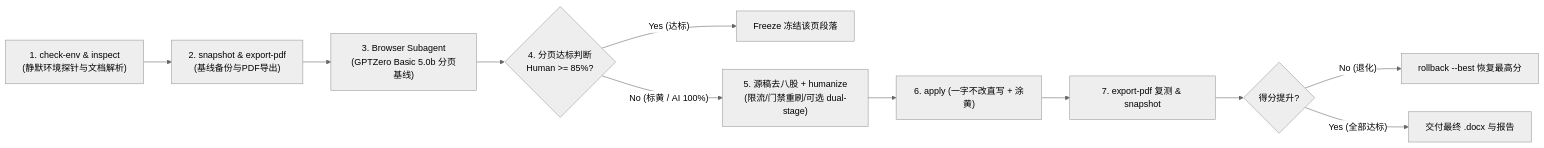
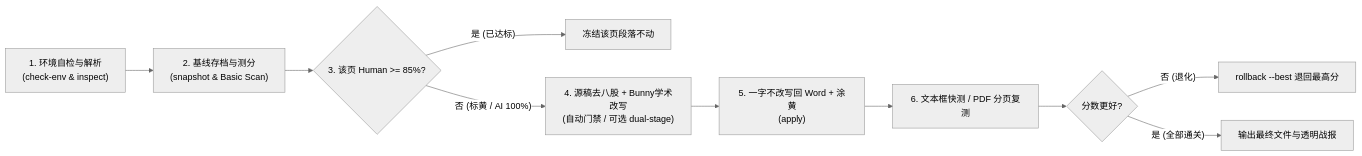
Before and after one commit to Whitopus/bunnyscholar-gptzero-loop: the diagram in README.md, drawn with Mermaid (neutral theme). The commit also changed other lines of this file and 1 other file, not shown here.

````diff
--- a/README.md
+++ b/README.md
@@ -15,13 +43,12 @@
 ```mermaid
 flowchart LR
-    A["1. check-env & inspect<br/>(静默环境探针与文档解析)"] --> B["2. snapshot & export-pdf<br/>(基线备份与PDF导出)"]
-    B --> C["3. Browser Subagent<br/>(GPTZero Basic 5.0b 分页基线)"]
-    C --> D{"4. 分页达标判断<br/>Human >= 85%?"}
-    D -- "Yes (达标)" --> E["Freeze 冻结该页段落"]
-    D -- "No (标黄 / AI 100%)" --> F["5. 源稿去八股 + humanize<br/>(限流/门禁重刷/可选 dual-stage)"]
-    F --> G["6. apply (一字不改直写 + 涂黄)"]
-    G --> H["7. export-pdf 复测 & snapshot"]
-    H --> I{"得分提升?"}
-    I -- "No (退化)" --> J["rollback --best 恢复最高分"]
-    I -- "Yes (全部达标)" --> K["交付最终 .docx 与报告"]
+    A["1. 环境自检与解析<br/>(check-env & inspect)"] --> B["2. 基线存档与测分<br/>(snapshot & Basic Scan)"]
+    B --> C{"3. 该页 Human >= 85%?"}
+    C -- "是 (已达标)" --> D["冻结该页段落不动"]
+    C -- "否 (标黄 / AI 100%)" --> E["4. 源稿去八股 + Bunny学术改写<br/>(自动门禁 / 可选 dual-stage)"]
+    E --> F["5. 一字不改写回 Word + 涂黄<br/>(apply)"]
+    F --> G["6. 文本框快测 / PDF 分页复测"]
+    G --> H{"分数更好?"}
+    H -- "否 (退化)" --> I["rollback --best 退回最高分"]
+    H -- "是 (全部通关)" --> J["输出最终文件与透明战报"]
 ```
````
